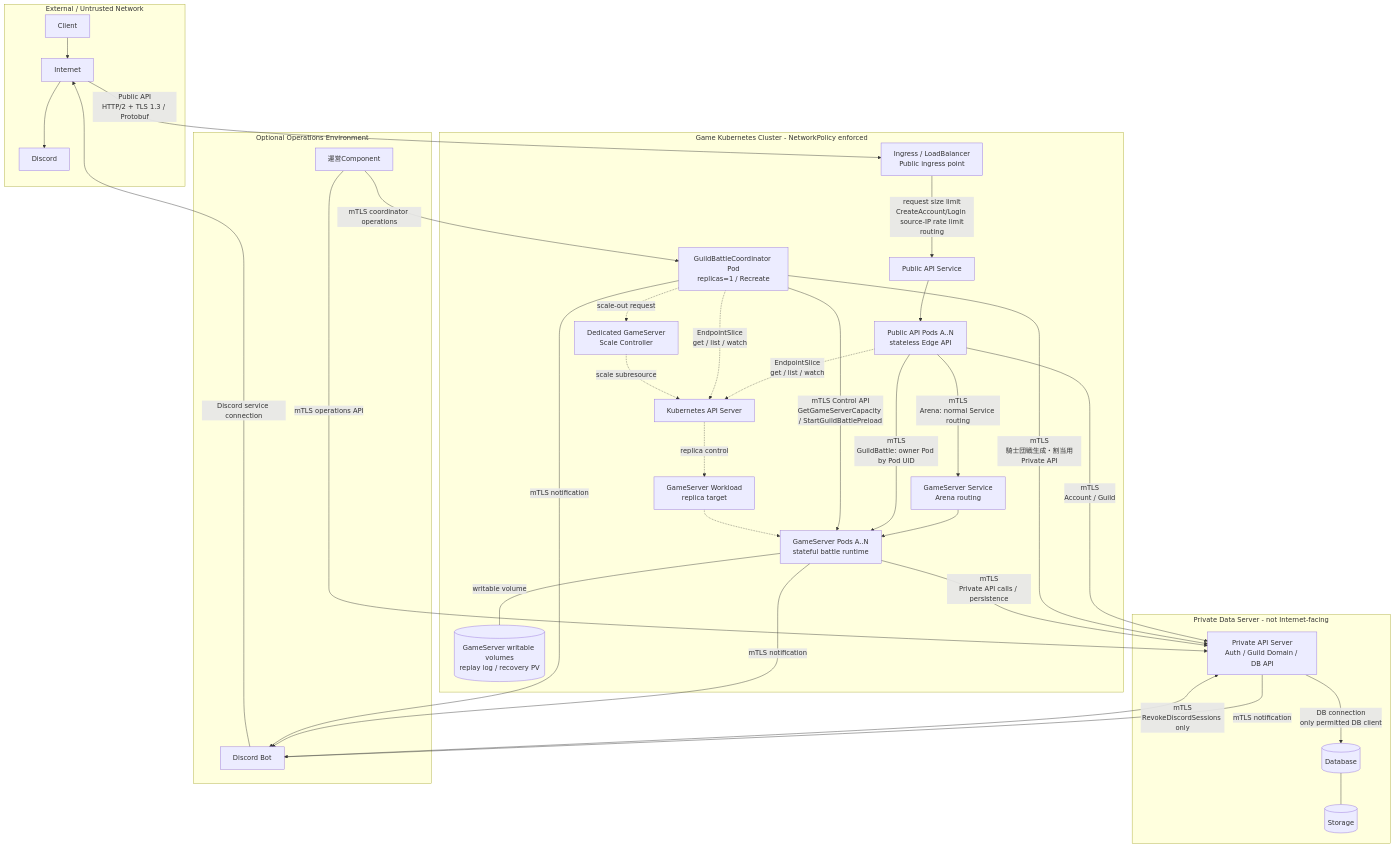
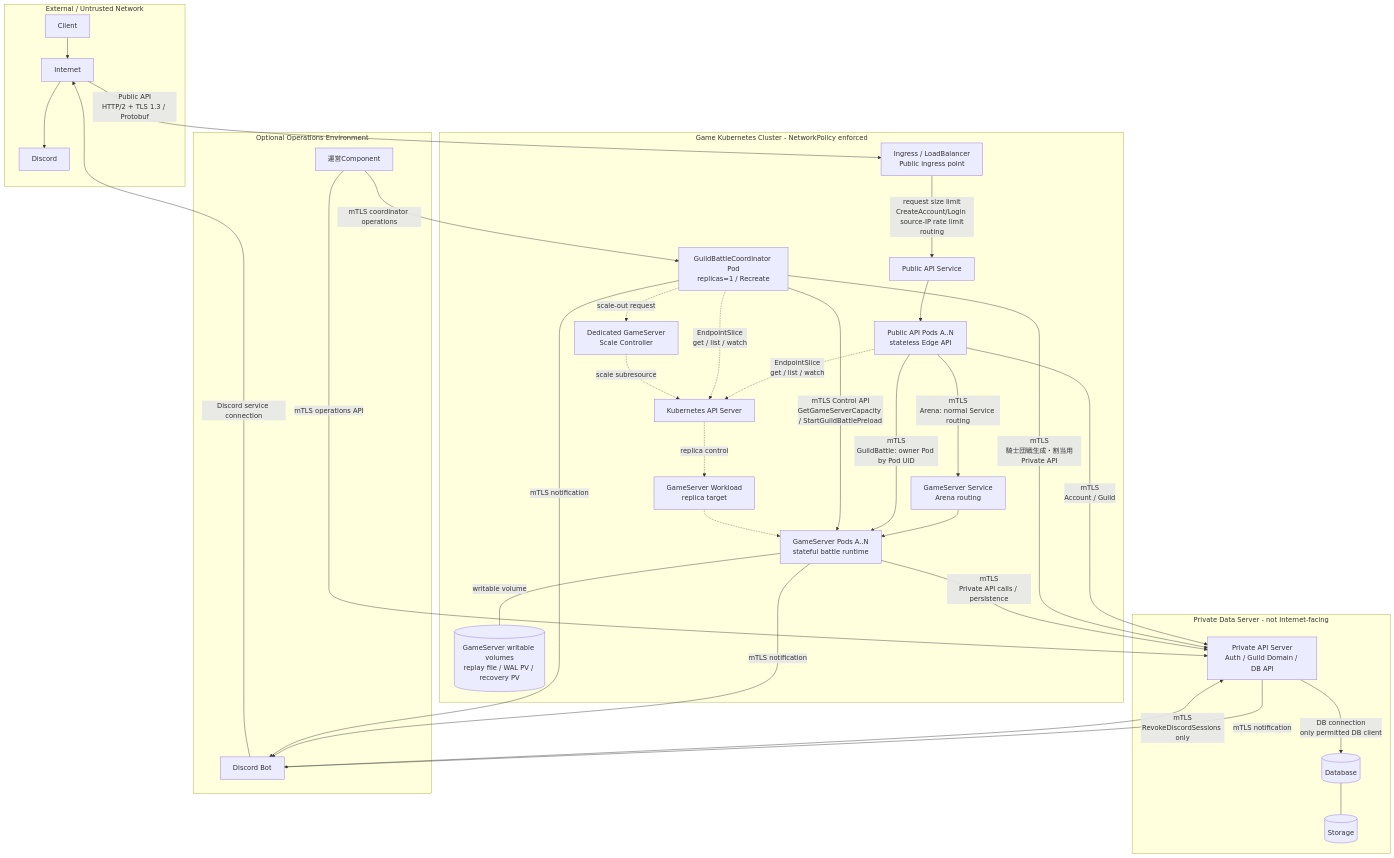
One commit to ReHydrangeaOdyssey/Specifications changed the second of 2 diagrams in design/system/network.md. Above: the diagram before and after it, drawn with Mermaid. The commit also changed other lines of this file and 20 other files, not shown here.

````diff
--- a/design/system/network.md
+++ b/design/system/network.md
@@ -106,69 +106,69 @@
 ```mermaid
 flowchart TD
     subgraph EXTERNAL["External / Untrusted Network"]
         client["Client"]
         internet["Internet"]
         discord_platform["Discord"]
         client --> internet
     end
 
     subgraph K8S["Game Kubernetes Cluster - NetworkPolicy enforced"]
         ingress["Ingress / LoadBalancer<br/>Public ingress point"]
         public_service["Public API Service"]
         public_pods["Public API Pods A..N<br/>stateless Edge API"]
 
         arena_service["GameServer Service<br/>Arena routing"]
         game_pods["GameServer Pods A..N<br/>stateful battle runtime"]
         coordinator["GuildBattleCoordinator Pod<br/>replicas=1 / Recreate"]
 
         k8s_api["Kubernetes API Server"]
         scale_controller["Dedicated GameServer<br/>Scale Controller"]
         game_workload["GameServer Workload<br/>replica target"]
-        game_storage[("GameServer writable volumes<br/>replay log / recovery PV")]
+        game_storage[("GameServer writable volumes<br/>replay file / WAL PV / recovery PV")]
     end
 
     subgraph DATA["Private Data Server - not Internet-facing"]
         private_api["Private API Server<br/>Auth / Guild Domain / DB API"]
         db[("Database")]
         disk[("Storage")]
     end
 
     subgraph OPS["Optional Operations Environment"]
         bot["Discord Bot"]
         operations_tool["運営Component"]
     end
 
     internet -->|"Public API<br/>HTTP/2 + TLS 1.3 / Protobuf"| ingress
     ingress -->|"request size limit<br/>CreateAccount/Login source-IP rate limit<br/>routing"| public_service
     public_service --> public_pods
 
     public_pods -->|"mTLS<br/>Account / Guild"| private_api
     public_pods -->|"mTLS<br/>Arena: normal Service routing"| arena_service
     arena_service --> game_pods
     public_pods -->|"mTLS<br/>GuildBattle: owner Pod by Pod UID"| game_pods
 
     coordinator -->|"mTLS Control API<br/>GetGameServerCapacity / StartGuildBattlePreload"| game_pods
     coordinator -->|"mTLS<br/>騎士団戦生成・割当用Private API"| private_api
     game_pods -->|"mTLS<br/>Private API calls / persistence"| private_api
 
     private_api -->|"DB connection<br/>only permitted DB client"| db
     db --- disk
     game_pods ---|"writable volume"| game_storage
 
     public_pods -.->|"EndpointSlice<br/>get / list / watch"| k8s_api
     coordinator -.->|"EndpointSlice<br/>get / list / watch"| k8s_api
     coordinator -.->|"scale-out request"| scale_controller
     scale_controller -.->|"scale subresource"| k8s_api
     k8s_api -.->|"replica control"| game_workload
     game_workload -.-> game_pods
 
     game_pods -->|"mTLS notification"| bot
     coordinator -->|"mTLS notification"| bot
     private_api -->|"mTLS notification"| bot
     bot -->|"mTLS<br/>RevokeDiscordSessions only"| private_api
     operations_tool -->|"mTLS operations API"| private_api
     operations_tool -->|"mTLS coordinator operations"| coordinator
 
     bot -->|"Discord service connection"| internet
     internet --> discord_platform
 ```
````
